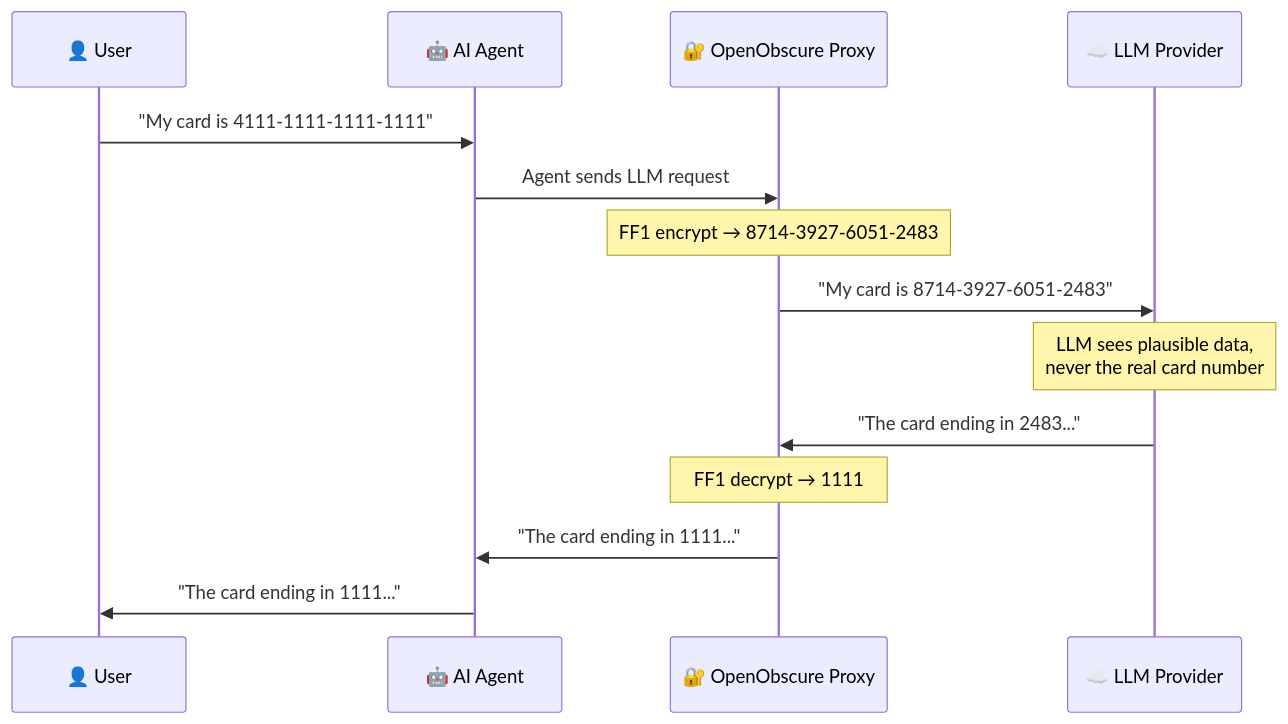
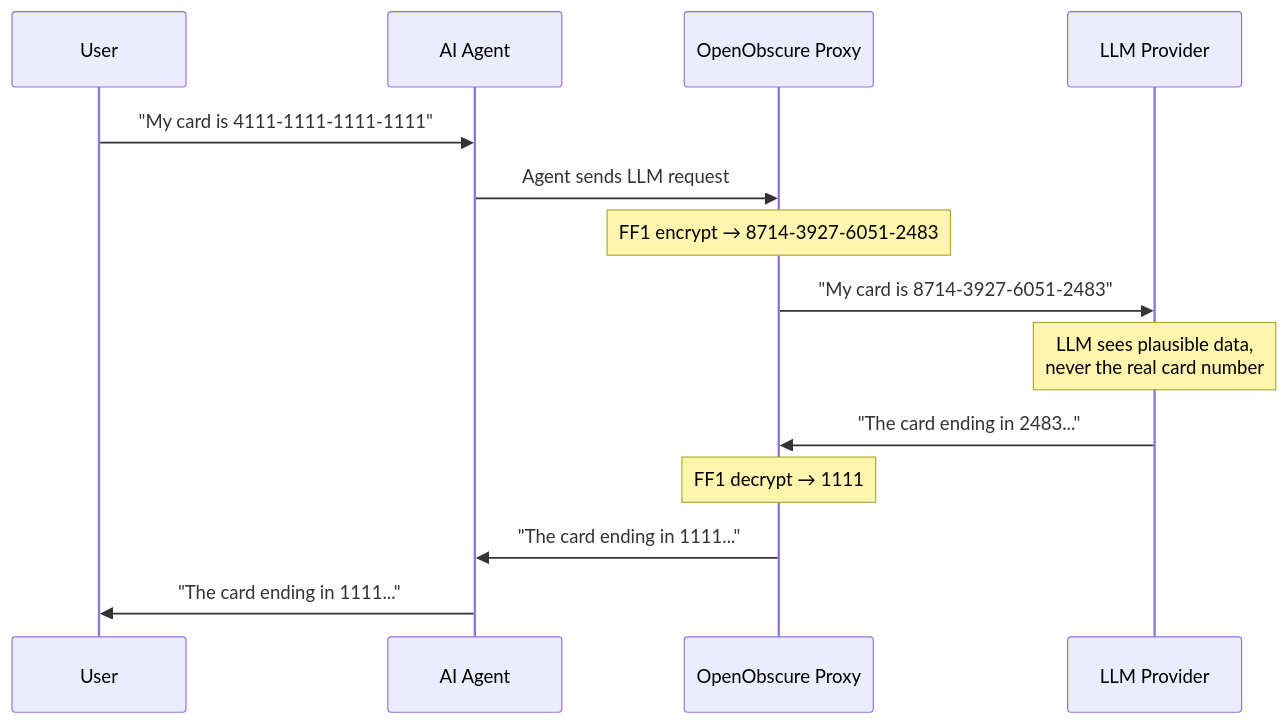
The fourth of 5 diagrams in README.md (OpenObscure/OpenObscure), drawn with Mermaid before and after one commit. The commit also changed other lines of this file and 4 other files, not shown here.

First line of the commit message:
Convert all mermaid diagrams to grayscale and fix text/box overlaps

````diff
--- a/README.md
+++ b/README.md
@@ -308,17 +308,17 @@
 ```mermaid
 sequenceDiagram
-    participant U as 👤 User
-    participant A as 🤖 AI Agent
-    participant P as 🔐 OpenObscure Proxy
-    participant L as ☁️ LLM Provider
+    participant U as User
+    participant A as AI Agent
+    participant P as OpenObscure Proxy
+    participant L as LLM Provider
 
     U->>A: "My card is 4111-1111-1111-1111"
     A->>P: Agent sends LLM request
     Note over P: FF1 encrypt → 8714-3927-6051-2483
     P->>L: "My card is 8714-3927-6051-2483"
     Note over L: LLM sees plausible data,<br/>never the real card number
     L->>P: "The card ending in 2483..."
     Note over P: FF1 decrypt → 1111
     P->>A: "The card ending in 1111..."
     A->>U: "The card ending in 1111..."
 ```
````
